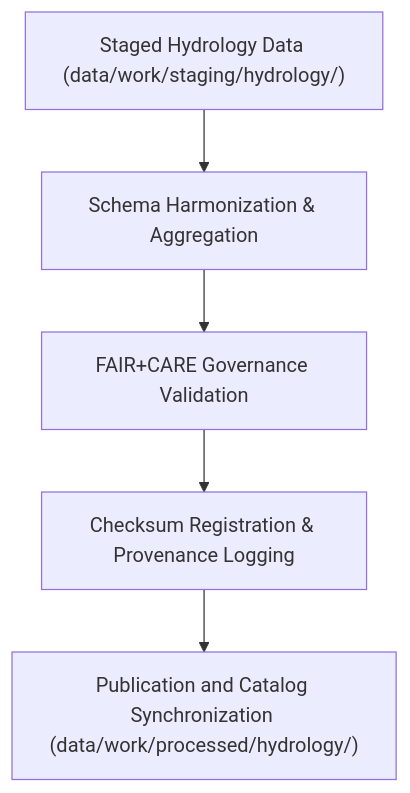
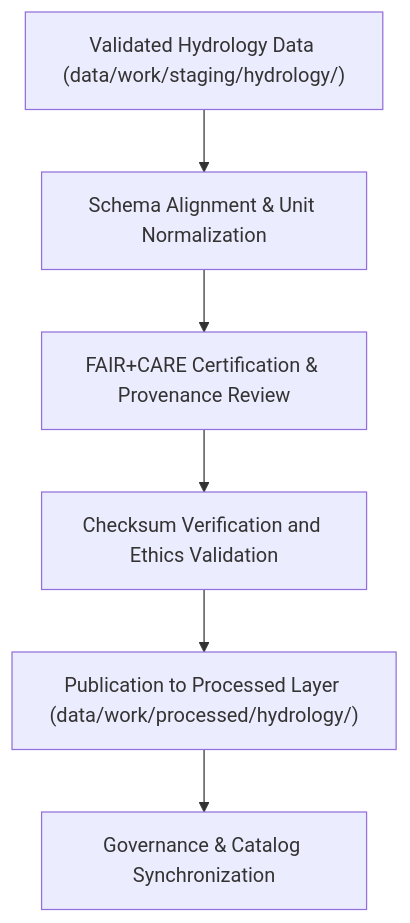
The diagram in data/work/processed/hydrology/README.md (bartytime4life/Kansas-Frontier-Matrix), drawn with Mermaid before and after one commit. The commit also changed other lines of this file, not shown here.

````diff
--- a/data/work/processed/hydrology/README.md
+++ b/data/work/processed/hydrology/README.md
@@ -67,7 +63,8 @@
 ```mermaid
 flowchart TD
-    A["Staged Hydrology Data (data/work/staging/hydrology/)"] --> B["Schema Harmonization & Aggregation"]
-    B --> C["FAIR+CARE Governance Validation"]
-    C --> D["Checksum Registration & Provenance Logging"]
-    D --> E["Publication and Catalog Synchronization (data/work/processed/hydrology/)"]
+    A["Validated Hydrology Data (data/work/staging/hydrology/)"] --> B["Schema Alignment & Unit Normalization"]
+    B --> C["FAIR+CARE Certification & Provenance Review"]
+    C --> D["Checksum Verification and Ethics Validation"]
+    D --> E["Publication to Processed Layer (data/work/processed/hydrology/)"]
+    E --> F["Governance & Catalog Synchronization"]
 ```
````
